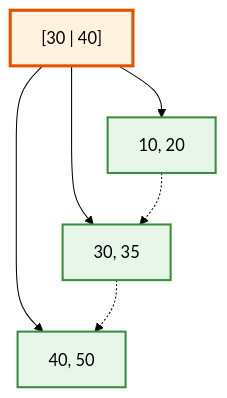
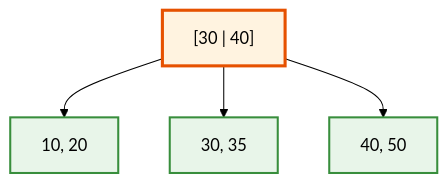
One commit to ufdatastudio/cop5725fa26 changed the seventh of 14 diagrams in lecture-outlines/day26-bplus-trees-ii/slides.md. Above: the diagram before and after it, drawn with Mermaid (forest theme). The commit also changed other lines of this file and 50 other files, not shown here.

````diff
--- a/lecture-outlines/day26-bplus-trees-ii/slides.md
+++ b/lecture-outlines/day26-bplus-trees-ii/slides.md
@@ -172,15 +168,14 @@
 ```mermaid
 graph TB
   R["[30 | 40]"]
   L1a["10, 20"]
   L1b["30, 35"]
   L2["40, 50"]
   R --> L1a
   R --> L1b
   R --> L2
-  L1a -.-> L1b -.-> L2
   classDef root fill:#fff3e0,stroke:#e65100,stroke-width:3px
   classDef leaf fill:#e8f5e9,stroke:#388e3c,stroke-width:2px
   class R root
   class L1a,L1b,L2 leaf
 ```
````
